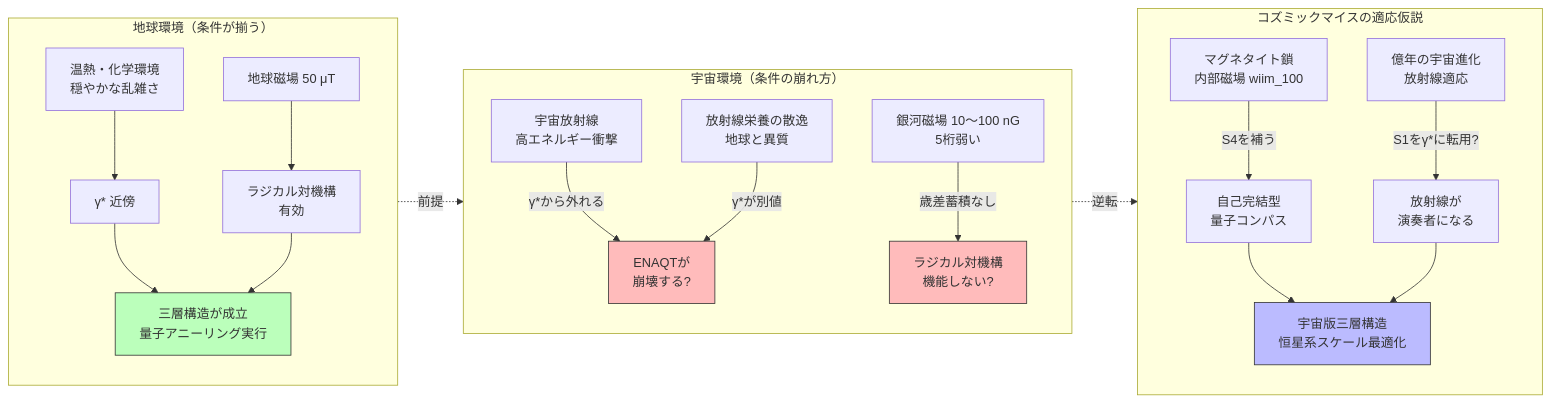
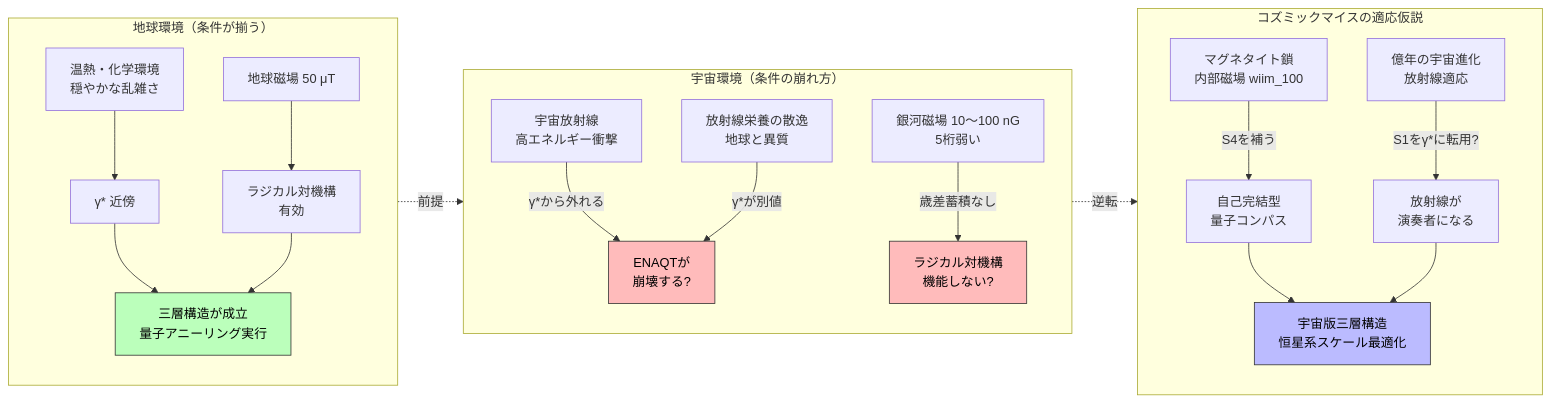
Before and after one commit to theronium/WhatIfImpossible: the diagram in docs/quantum/wiim_111.md, drawn with Mermaid. The commit also changed 3 other files, not shown here.

Commit message:
fix: Mermaidノードに color:#000 を追加して視認性を改善

````diff
--- a/docs/quantum/wiim_111.md
+++ b/docs/quantum/wiim_111.md
@@ -67,28 +67,28 @@
 ```mermaid
 flowchart LR
     subgraph earth["地球環境（条件が揃う）"]
         E1[温熱・化学環境\n穏やかな乱雑さ] --> E2[γ* 近傍]
         E3[地球磁場 50 μT] --> E4[ラジカル対機構\n有効]
         E2 & E4 --> E5[三層構造が成立\n量子アニーリング実行]
     end
 
     subgraph space["宇宙環境（条件の崩れ方）"]
         S1[宇宙放射線\n高エネルギー衝撃] -->|γ*から外れる| S2[ENAQTが\n崩壊する?]
         S3[銀河磁場 10〜100 nG\n5桁弱い] -->|歳差蓄積なし| S4[ラジカル対機構\n機能しない?]
         S5[放射線栄養の散逸\n地球と異質] -->|γ*が別値| S2
     end
 
     subgraph adapt["コズミックマイスの適応仮説"]
         A1[マグネタイト鎖\n内部磁場 wiim_100] -->|S4を補う| A2[自己完結型\n量子コンパス]
         A3[億年の宇宙進化\n放射線適応] -->|S1をγ*に転用?| A4[放射線が\n演奏者になる]
         A2 & A4 --> A5[宇宙版三層構造\n恒星系スケール最適化]
     end
 
     earth -.->|前提| space
     space -.->|逆転| adapt
 
-    style E5 fill:#bfb,stroke:#333
-    style S2 fill:#fbb,stroke:#333
-    style S4 fill:#fbb,stroke:#333
-    style A5 fill:#bbf,stroke:#333
+    style E5 fill:#bfb,stroke:#333,color:#000
+    style S2 fill:#fbb,stroke:#333,color:#000
+    style S4 fill:#fbb,stroke:#333,color:#000
+    style A5 fill:#bbf,stroke:#333,color:#000
 ```
````
